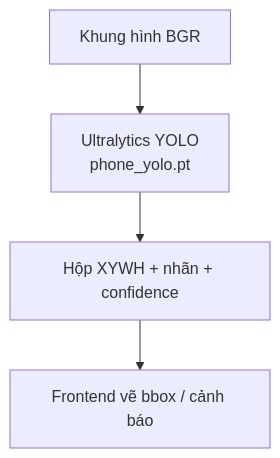
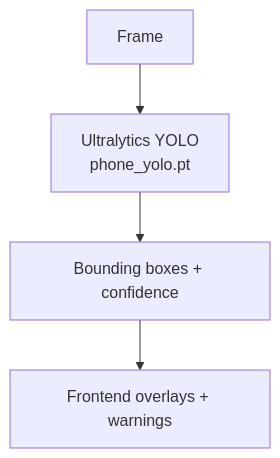
The sixth of 8 diagrams in README.md (CrissNguyenKhanh/AI-DRIVER-MONITORING-SYSTEM-DMS), drawn with Mermaid before and after one commit. The commit also changed other lines of this file, not shown here.

````diff
--- a/README.md
+++ b/README.md
@@ -173,6 +154,6 @@
 ```mermaid
 flowchart TB
-  FR["Khung hình BGR"] --> YO["Ultralytics YOLO<br/>phone_yolo.pt"]
-  YO --> BOX["Hộp XYWH + nhãn + confidence"]
-  BOX --> UI["Frontend vẽ bbox / cảnh báo"]
+  FR[Frame] --> YO[Ultralytics YOLO<br/>phone_yolo.pt]
+  YO --> BOX[Bounding boxes + confidence]
+  BOX --> UI[Frontend overlays + warnings]
 ```
````
